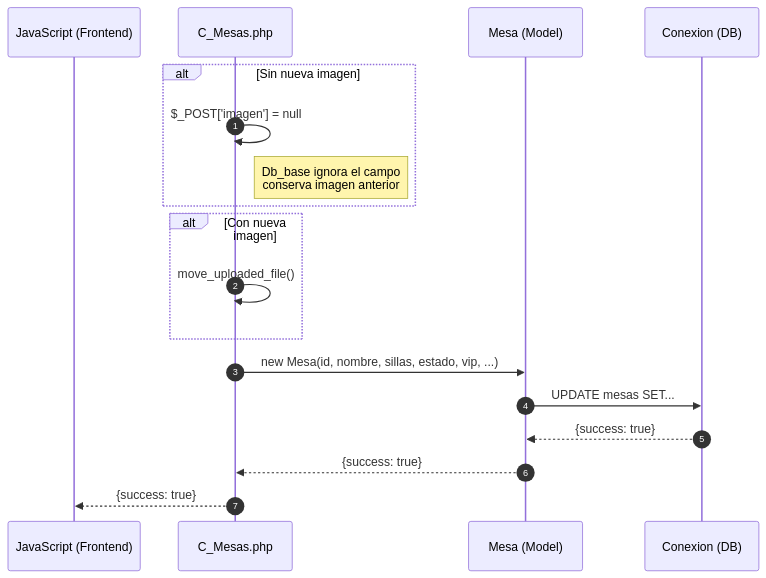
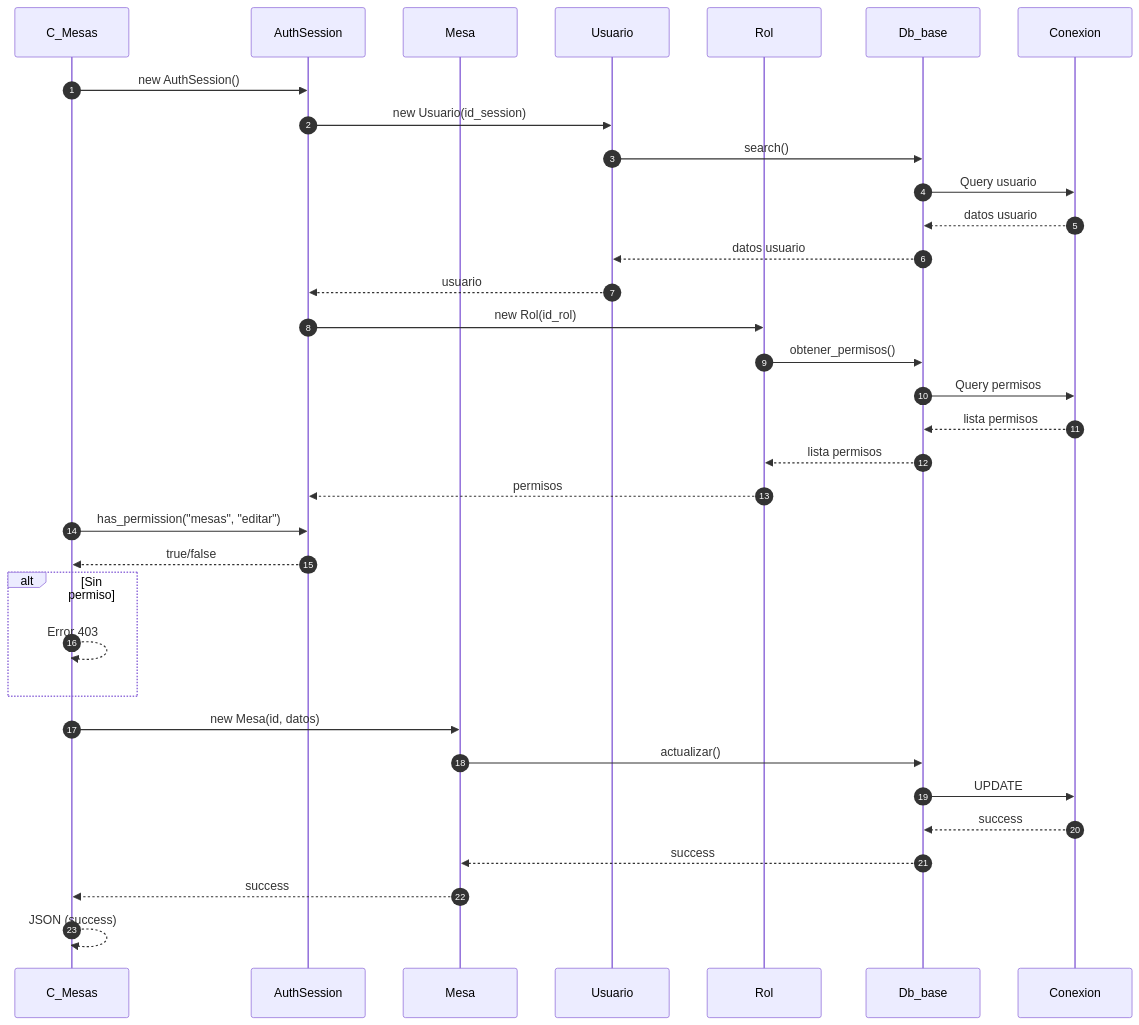
One commit to Tecrato/BurgerHouse changed the third of 5 diagrams in docs/secuencia/mesas/mesas.md. Above: the diagram before and after it, drawn with Mermaid. The commit also changed other lines of this file and 13 other files, not shown here.

First line of the commit message:
diagramas actualizaos

````diff
--- a/docs/secuencia/mesas/mesas.md
+++ b/docs/secuencia/mesas/mesas.md
@@ -61,24 +96,42 @@
 ```mermaid
 sequenceDiagram
     autonumber
-    participant JS as JavaScript (Frontend)
-    participant C_Mesas as C_Mesas.php
-    participant Mesa as Mesa (Model)
-    participant DB as Conexion (DB)
+    participant C_Mesas as C_Mesas
+    participant AuthSession as AuthSession
+    participant Mesa as Mesa
+    participant Usuario as Usuario
+    participant Rol as Rol
+    participant Db_base as Db_base
+    participant Conexion as Conexion
     
-    alt Sin nueva imagen
-        C_Mesas->>C_Mesas: $_POST['imagen'] = null
-        Note right of C_Mesas: Db_base ignora el campo<br/>conserva imagen anterior
+    C_Mesas->>AuthSession: new AuthSession()
+    AuthSession->>Usuario: new Usuario(id_session)
+    Usuario->>Db_base: search()
+    Db_base->>Conexion: Query usuario
+    Conexion-->>Db_base: datos usuario
+    Db_base-->>Usuario: datos usuario
+    Usuario-->>AuthSession: usuario
+    
+    AuthSession->>Rol: new Rol(id_rol)
+    Rol->>Db_base: obtener_permisos()
+    Db_base->>Conexion: Query permisos
+    Conexion-->>Db_base: lista permisos
+    Db_base-->>Rol: lista permisos
+    Rol-->>AuthSession: permisos
+    
+    C_Mesas->>AuthSession: has_permission("mesas", "editar")
+    AuthSession-->>C_Mesas: true/false
+    
+    alt Sin permiso
+        C_Mesas-->>C_Mesas: Error 403
     end
     
-    alt Con nueva imagen
-        C_Mesas->>C_Mesas: move_uploaded_file()
-    end
+    C_Mesas->>Mesa: new Mesa(id, datos)
+    Mesa->>Db_base: actualizar()
+    Db_base->>Conexion: UPDATE
+    Conexion-->>Db_base: success
+    Db_base-->>Mesa: success
+    Mesa-->>C_Mesas: success
     
-    C_Mesas->>Mesa: new Mesa(id, nombre, sillas, estado, vip, ...)
-    Mesa->>DB: UPDATE mesas SET...
-    DB-->>Mesa: {success: true}
-    Mesa-->>C_Mesas: {success: true}
-    
-    C_Mesas-->>JS: {success: true}
+    C_Mesas-->>C_Mesas: JSON (success)
 ```
````
